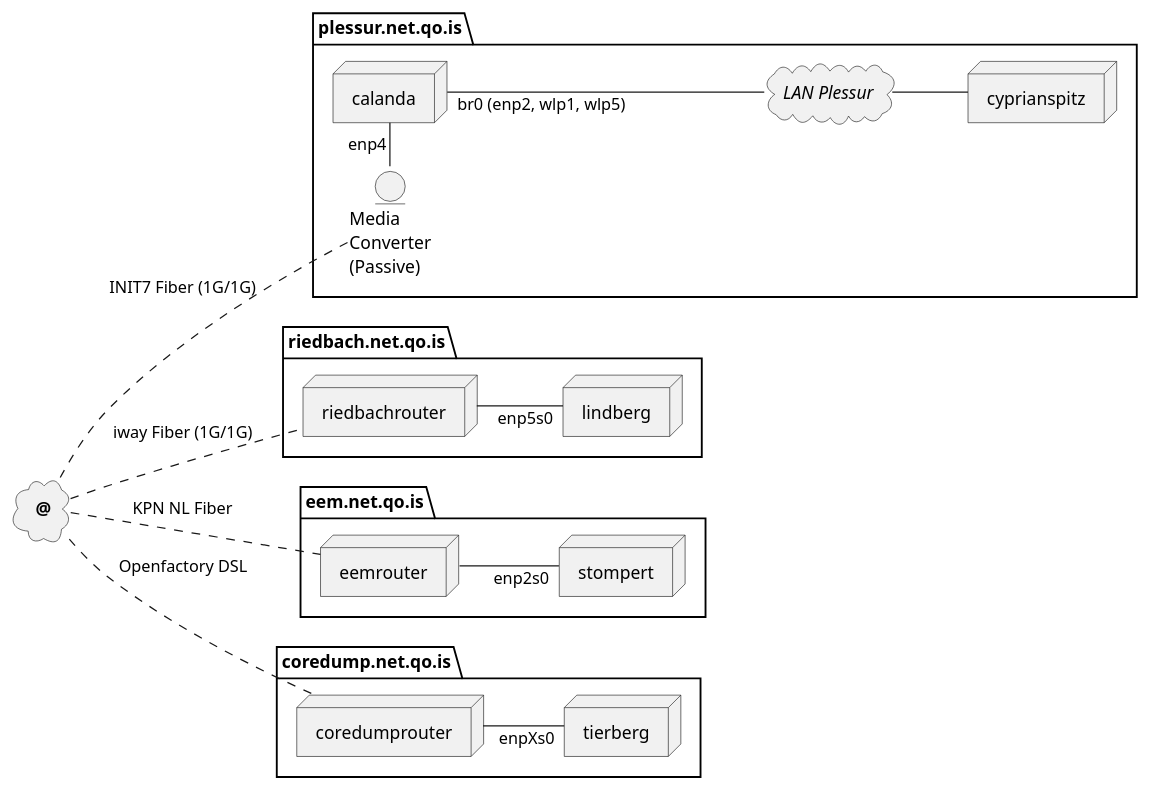
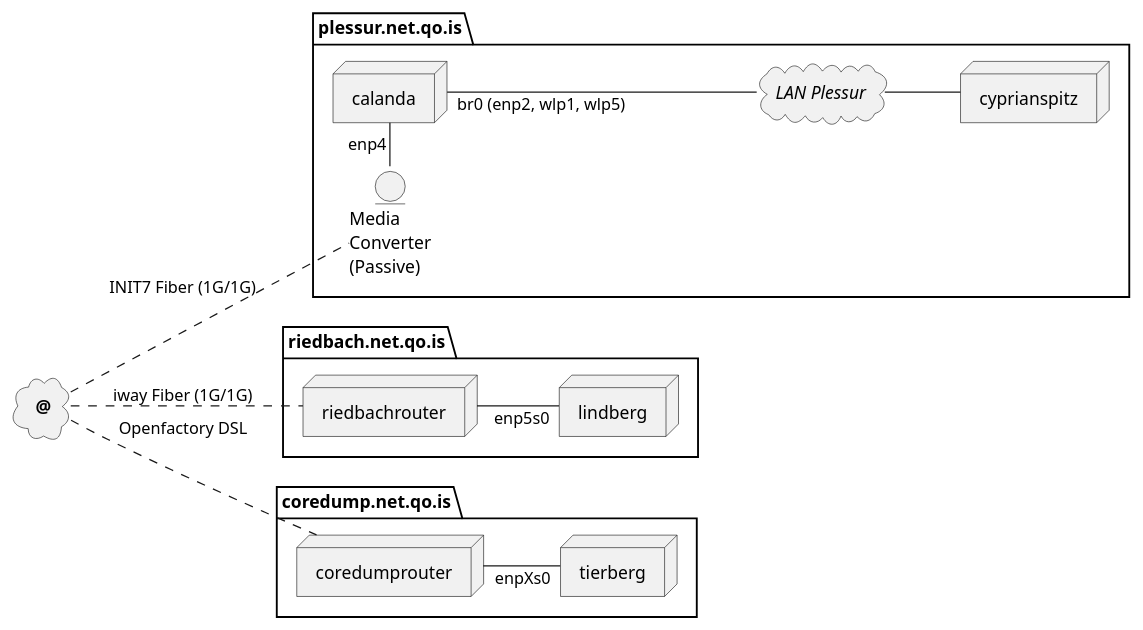
The diagram in defaults/meta/network.md (qo-is/infrastructure), drawn with PlantUML before and after one commit. The commit also changed 7 other files, not shown here.

````diff
--- a/defaults/meta/network.md
+++ b/defaults/meta/network.md
@@ -7,59 +7,50 @@
 ```plantuml
 @startuml
 skinparam style strictuml
 left to right direction
 
 package "plessur.net.qo.is" {
 
   entity mediaconvchur [
     Media
     Converter
     (Passive)
   ]
 
   node calanda 
   node cyprianspitz
   
   cloud plessurnet [
     <i>LAN Plessur
   ]
   
   mediaconvchur - "enp4" calanda
   calanda "br0 (enp2, wlp1, wlp5)" --- plessurnet
   plessurnet -- cyprianspitz
 } 
 
 package "riedbach.net.qo.is" {
   node riedbachrouter
 
   node lindberg
 
   riedbachrouter -- "enp5s0" lindberg
 }
 
-package "eem.net.qo.is" {
-  node eemrouter
-
-  node stompert
-
-  eemrouter -- "enp2s0" stompert
-}
-
 cloud internet[
 <b>@
 ]
 
 package "coredump.net.qo.is" {
   node coredumprouter
 
   node tierberg
 
   coredumprouter -- "enpXs0" tierberg
 }
 
 internet .. mediaconvchur: INIT7 Fiber (1G/1G)
 internet .. riedbachrouter: iway Fiber (1G/1G)
-internet .. eemrouter: KPN NL Fiber
 internet .. coredumprouter: Openfactory DSL
 @enduml
 ```
````
